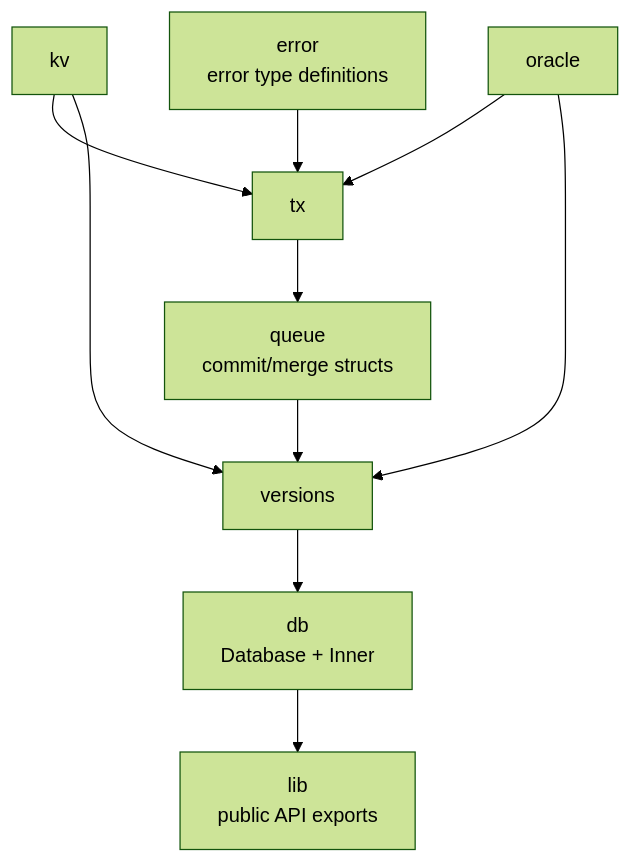
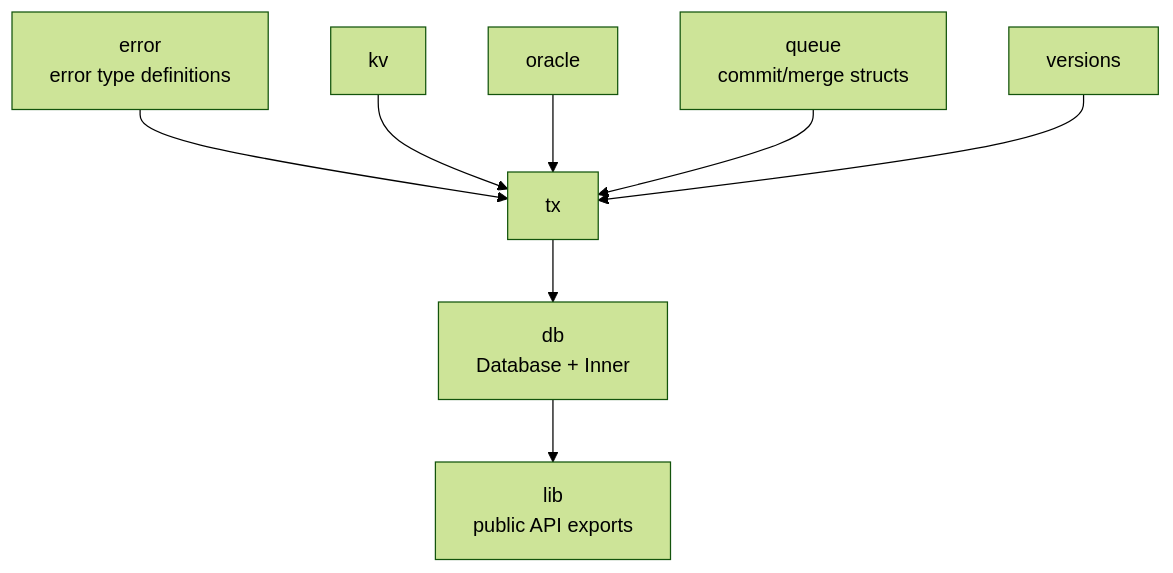
Before and after one commit to letterbeezps/stupid-kv: the fourth of 4 diagrams in docs/001_basic_transaction.md, drawn with Mermaid (forest theme).

Commit message:
update module relation

````diff
--- a/docs/001_basic_transaction.md
+++ b/docs/001_basic_transaction.md
@@ -420,21 +420,19 @@
 ```mermaid
 flowchart TD
     error["error<br/> error type definitions"]
     kv["kv"]
     oracle["oracle"]
     tx["tx"]
     queue["queue<br/> commit/merge structs"]
     versions["versions"]
     db["db<br/> Database + Inner"]
     lib["lib<br/> public API exports"]
 
     error --> tx
     kv --> tx
     oracle --> tx
-    tx --> queue
-    kv --> versions
-    oracle --> versions
-    queue --> versions
-    versions --> db
+    queue --> tx
+    versions --> tx
+    tx --> db
     db --> lib
 ```
````
